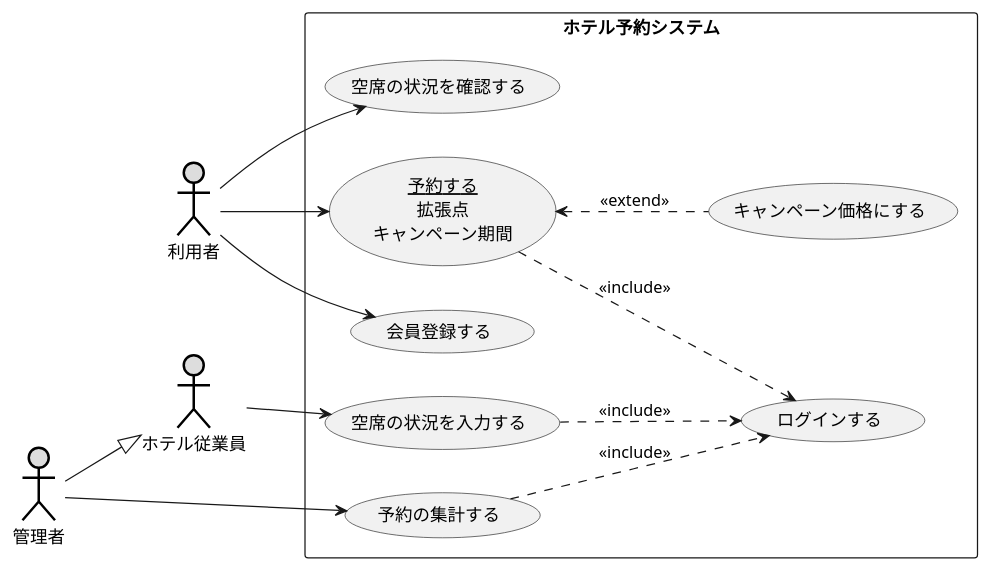
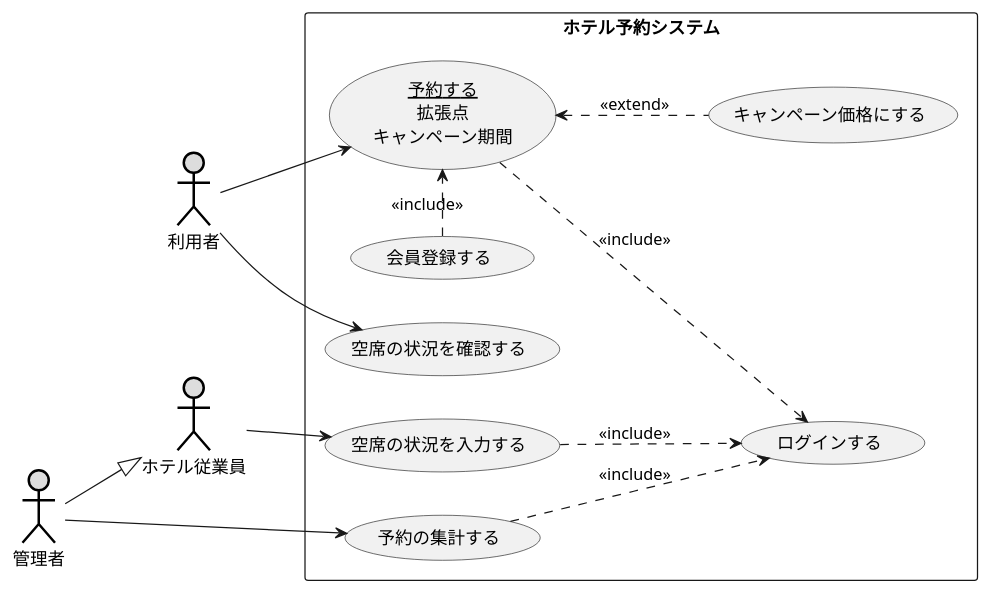
Before and after one commit to YumaSatou/uml-introduction: the diagram in 演習2-8_UC_ホテル予約システム.pu, drawn with PlantUML.

Commit message:
修正を加えました

```diff
--- a/演習2-8_UC_ホテル予約システム.pu
+++ b/演習2-8_UC_ホテル予約システム.pu
@@ -1,27 +1,27 @@
 @startuml ユースケース図
 left to right direction
 actor 利用者#DDDDDD;line:black;line.bold;
 actor ホテル従業員#DDDDDD;line:black;line.bold;
 actor 管理者#DDDDDD;line:black;line.bold;
 rectangle ホテル予約システム{
 usecase 空席の状況を確認する
 usecase (<u>予約する</u>\n拡張点\nキャンペーン期間) as input
 usecase 空席の状況を入力する
 usecase 予約の集計する
 usecase ログインする
 usecase 会員登録する
 usecase キャンペーン価格にする
 
 }
 利用者 --> 空席の状況を確認する
 利用者 --> input
 input ..> ログインする : << include >>
 input <.. キャンペーン価格にする : << extend >>
-利用者 --> 会員登録する
+会員登録する .> input : << include >>
 ホテル従業員 --> 空席の状況を入力する
 空席の状況を入力する ..> ログインする : << include >>
 管理者 --> 予約の集計する
 予約の集計する ..> ログインする : << include >>
 管理者 --|> ホテル従業員
 
 @enduml
```
